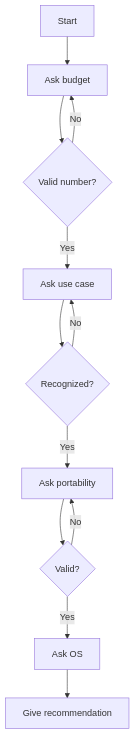
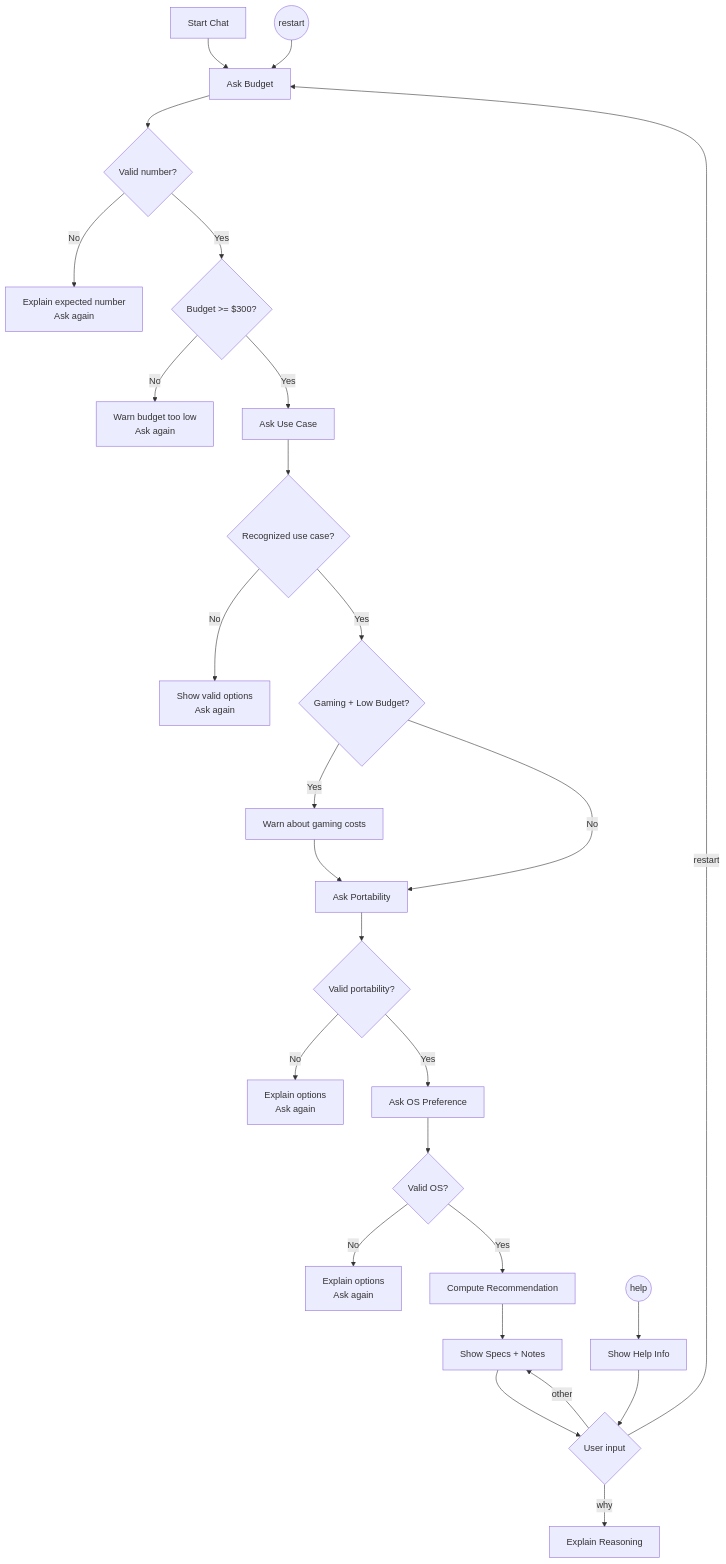
Before and after one commit to JustisDutt/laptop-buddy-chatbot: the diagram in docs/flowchart.mmd, drawn with Mermaid. The commit also changed 1 other file, not shown here.

Commit message:
Update README and FlowChart

```diff
--- a/docs/flowchart.mmd
+++ b/docs/flowchart.mmd
@@ -1,12 +1,41 @@
 flowchart TD
-  A[Start] --> B[Ask budget]
-  B --> C{Valid number?}
-  C -- No --> B
-  C -- Yes --> D[Ask use case]
-  D --> E{Recognized?}
-  E -- No --> D
-  E -- Yes --> F[Ask portability]
-  F --> G{Valid?}
-  G -- No --> F
-  G -- Yes --> H[Ask OS]
-  H --> I[Give recommendation]
+
+    A[Start Chat] --> B[Ask Budget]
+
+
+    B --> C{Valid number?}
+        C -- No --> B1[Explain expected number<br/>Ask again]
+        C -- Yes --> C2{Budget >= $300?}
+        C2 -- No --> B2[Warn budget too low<br/>Ask again]
+        C2 -- Yes --> D[Ask Use Case]
+
+    D --> E{Recognized use case?}
+        E -- No --> D1[Show valid options<br/>Ask again]
+        E -- Yes --> E2{Gaming + Low Budget?}
+        E2 -- Yes --> E3[Warn about gaming costs]
+        E2 -- No --> F[Ask Portability]
+
+    E3 --> F
+
+    F --> G{Valid portability?}
+        G -- No --> F1[Explain options<br/>Ask again]
+        G -- Yes --> H[Ask OS Preference]
+
+    H --> I{Valid OS?}
+        I -- No --> H1[Explain options<br/>Ask again]
+        I -- Yes --> J[Compute Recommendation]
+
+    J --> K[Show Specs + Notes]
+
+    K --> L{User input}
+        L -- why --> M[Explain Reasoning]
+        L -- restart --> B
+        L -- other --> K
+
+%% Global commands
+
+    X((help)) --> Y[Show Help Info]
+        Y --> L
+
+
+    Z((restart)) --> B
```
